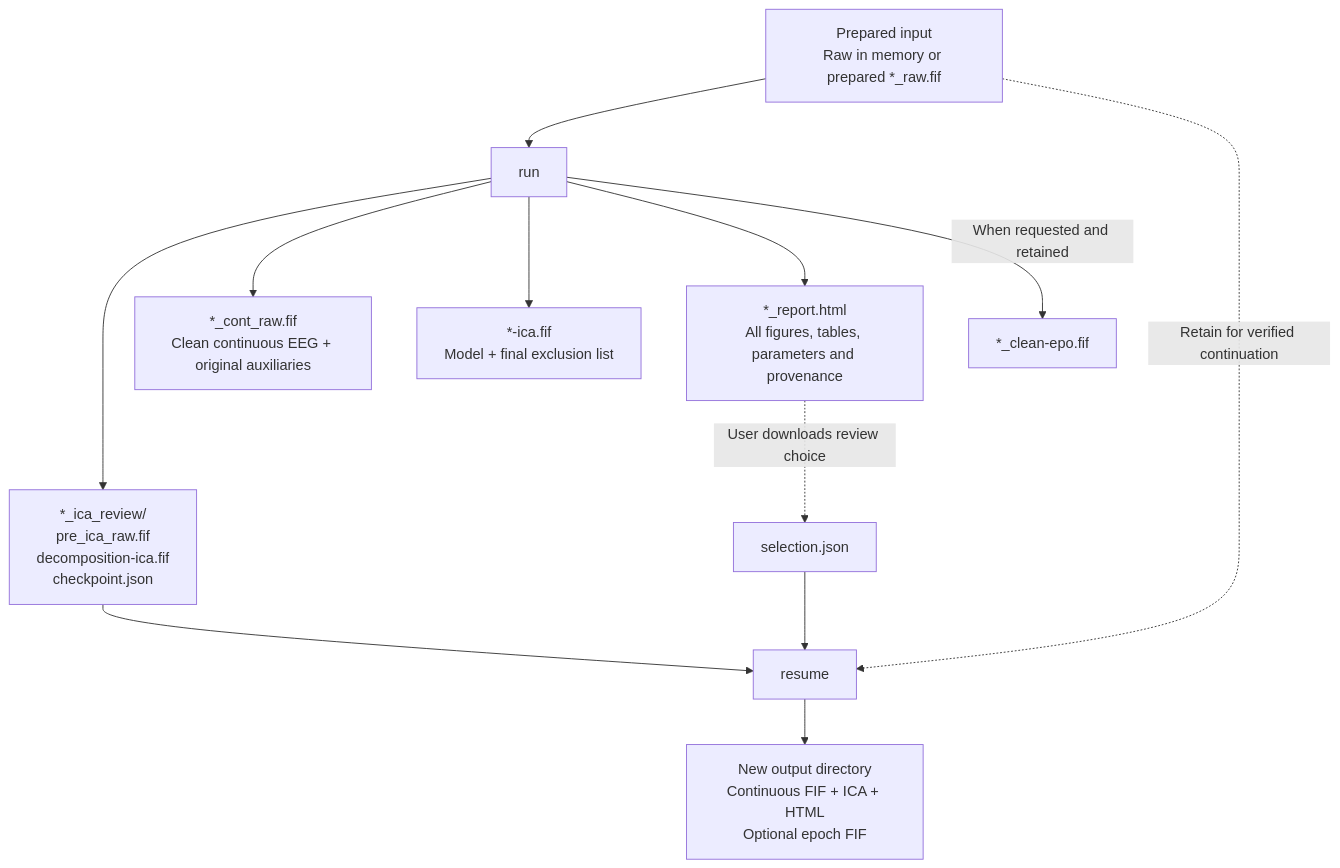
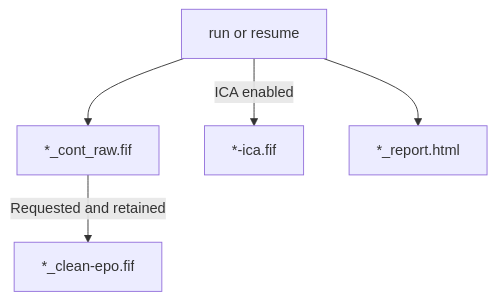
The tenth of 11 diagrams in docs/en/workflow.md (LeiGuo0812/eegproc), drawn with Mermaid before and after one commit. The commit also changed other lines of this file and 3 other files, not shown here.

Commit message:
docs: split workflow diagrams into individual processing steps

````diff
--- a/docs/en/workflow.md
+++ b/docs/en/workflow.md
@@ -93,16 +285,14 @@
 ```mermaid
 flowchart TB
-    accTitle: Input and output files
-    accDescr: Top-down sequence of processing, review decisions, or delivered files.
-    IN["Prepared input<br/>Raw in memory or prepared *_raw.fif"] --> RUN["run"]
-    IN -.->|Retain for verified continuation| RESUME["resume"]
-    RUN --> CP["*_ica_review/<br/>pre_ica_raw.fif<br/>decomposition-ica.fif<br/>checkpoint.json"]
-    CP --> RESUME
-    RUN --> CONT["*_cont_raw.fif<br/>Clean continuous EEG + original auxiliaries"]
-    RUN --> MODEL["*-ica.fif<br/>Model + final exclusion list"]
-    RUN --> REPORT["*_report.html<br/>All figures, tables, parameters and provenance"]
-    RUN -->|When requested and retained| EPO["*_clean-epo.fif"]
-    REPORT -.->|User downloads review choice| SEL["selection.json"]
-    SEL --> RESUME
-    RESUME --> NEW["New output directory<br/>Continuous FIF + ICA + HTML<br/>Optional epoch FIF"]
+    accTitle: Delivered result files
+    accDescr: Each result file has its own node; requested retained epochs are derived from the continuous result.
+    completed_run["run or resume"]
+    continuous_file["*_cont_raw.fif"]
+    ica_file["*-ica.fif"]
+    report_file["*_report.html"]
+    epoch_file["*_clean-epo.fif"]
+    completed_run --> continuous_file
+    completed_run -->|ICA enabled| ica_file
+    completed_run --> report_file
+    continuous_file -->|Requested and retained| epoch_file
 ```
````
